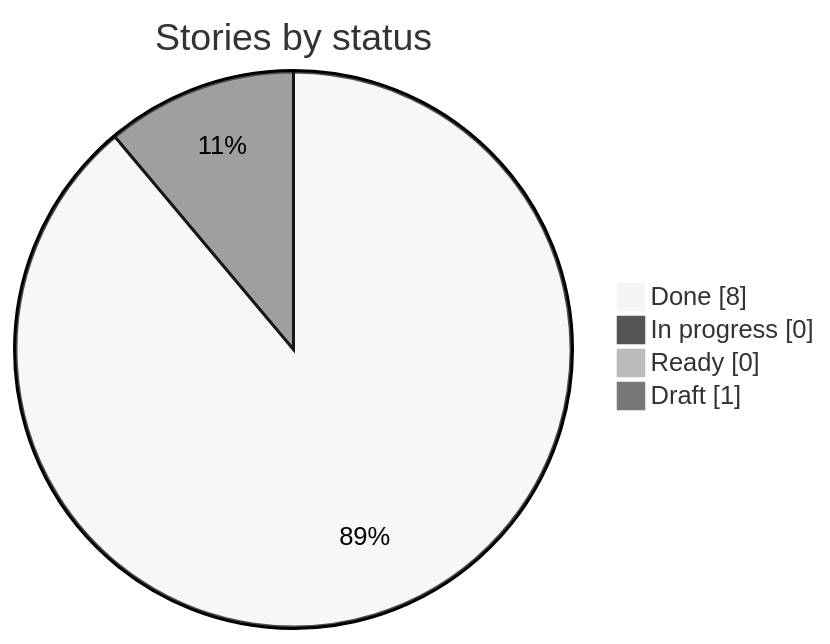
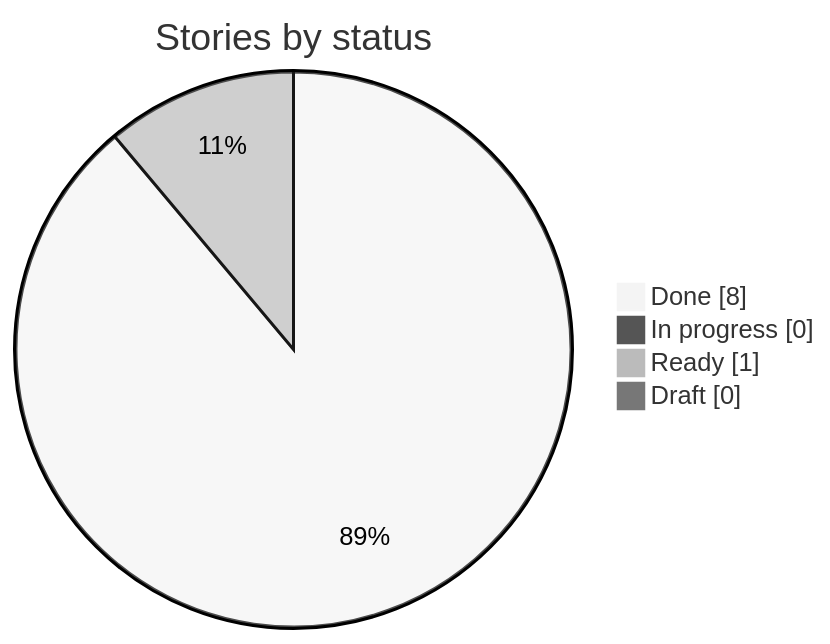
One commit to HebaGaber/oracle-property-intelligence-platform-pipeline-travis-tx changed the first of 2 diagrams in docs/progress.md. Above: the diagram before and after it, drawn with Mermaid (neutral theme). The commit also changed other lines of this file, not shown here.

````diff
--- a/docs/progress.md
+++ b/docs/progress.md
@@ -9,7 +9,7 @@
 ```mermaid
 pie showData title Stories by status
   "Done" : 8
   "In progress" : 0
-  "Ready" : 0
-  "Draft" : 1
+  "Ready" : 1
+  "Draft" : 0
 ```
````
